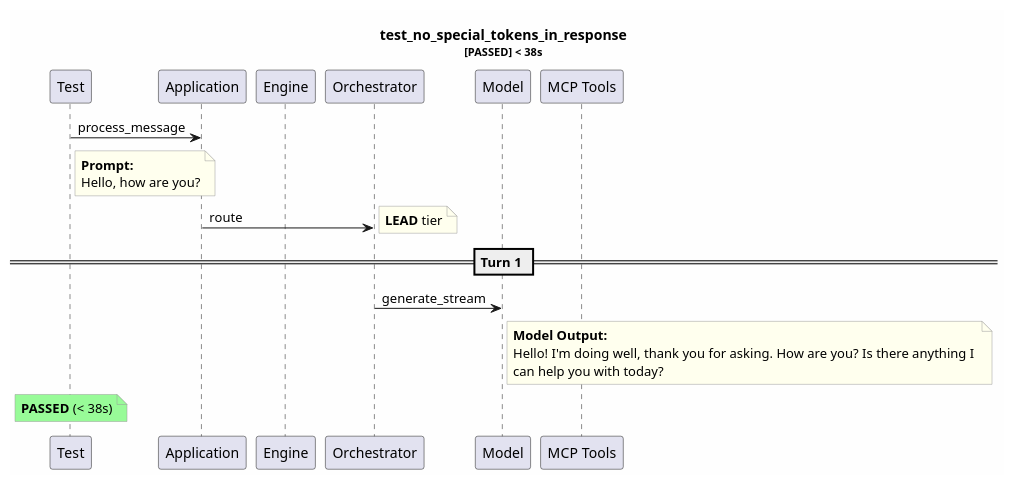
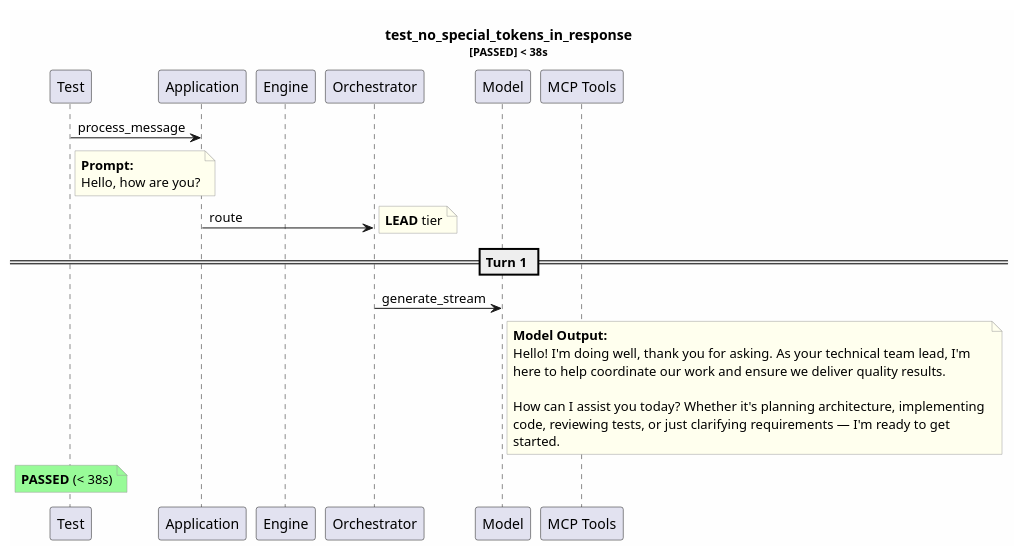
One commit to tvanfossen/entropic changed the diagram in test-reports/logs/test_no_special_tokens_in_response/test_no_special_tokens_in_response.puml. Above: the diagram before and after it, drawn with PlantUML. The commit also changed 11 other files, not shown here.

```diff
--- a/test-reports/logs/test_no_special_tokens_in_response/test_no_special_tokens_in_response.puml
+++ b/test-reports/logs/test_no_special_tokens_in_response/test_no_special_tokens_in_response.puml
@@ -1,32 +1,36 @@
 @startuml
 skinparam backgroundColor #FEFEFE
 skinparam noteBorderColor #999999
 skinparam noteBackgroundColor #FFFFEE
 title test_no_special_tokens_in_response\n<size:11>[PASSED] < 38s</size>
 
 participant "Test" as T
 participant "Application" as App
 participant "Engine" as Eng
 participant "Orchestrator" as Orch
 participant "Model" as Mdl
 participant "MCP Tools" as MCP
 
 T -> App: process_message
 note right of T
   **Prompt:**
   Hello, how are you?
 end note
 App -> Orch: route
 note right: **LEAD** tier
 == Turn 1 ==
 Orch -> Mdl: generate_stream
 note right of Mdl
   **Model Output:**
-  Hello! I'm doing well, thank you for asking. How are you? Is there anything I 
-  can help you with today?
+  Hello! I'm doing well, thank you for asking. As your technical team lead, I'm 
+  here to help coordinate our work and ensure we deliver quality results.
+  
+  How can I assist you today? Whether it's planning architecture, implementing 
+  code, reviewing tests, or just clarifying requirements — I'm ready to get 
+  started.
 end note
 note over T #palegreen
   **PASSED** (< 38s)
 end note
 
 @enduml
```
